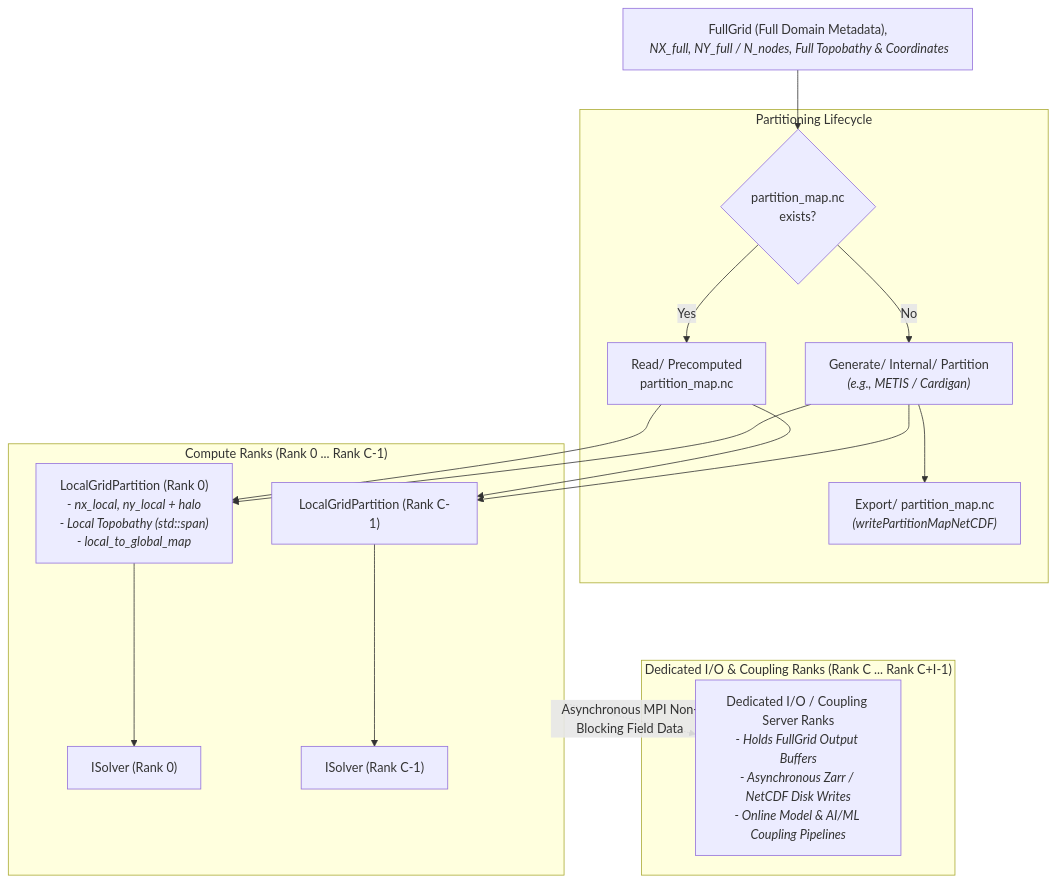
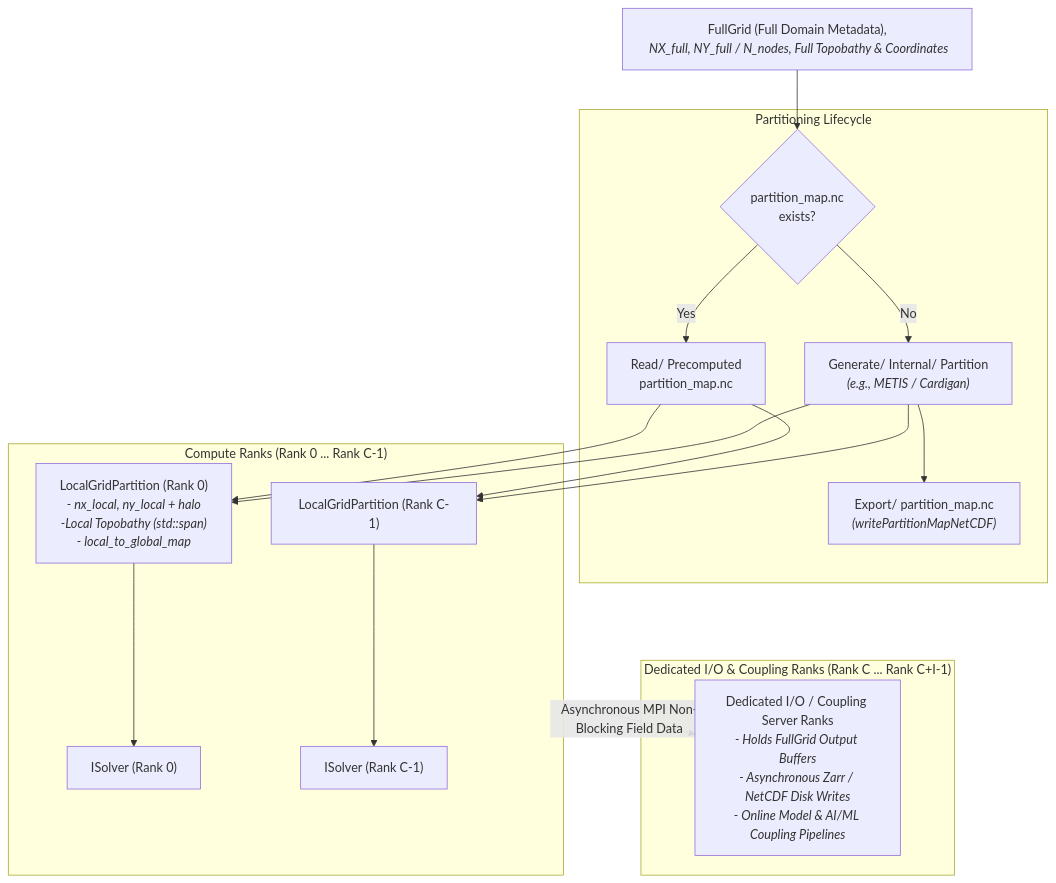
Before and after one commit to HendrikTolman-NOAA/WW4_HLT: the third of 3 diagrams in ASSESSMENT.md, drawn with Mermaid.

Commit message:
Fix formatting in ASSESSMENT.md for LocalGridPartition

````diff
--- a/ASSESSMENT.md
+++ b/ASSESSMENT.md
@@ -208,39 +208,39 @@
 ```mermaid
 graph TD
     FG["FullGrid&nbsp;(Full&nbsp;Domain&nbsp;Metadata),<br/><i>&nbsp;NX_full,&nbsp;NY_full&nbsp;/&nbsp;N_nodes,&nbsp;Full&nbsp;Topobathy&nbsp;&&nbsp;Coordinates</i>"]
 
     subgraph PartMap ["Partitioning Lifecycle"]
         PM_CHK{"partition_map.nc<br/>exists?"}
         PM_READ["Read/&nbsp;Precomputed<br/>partition_map.nc"]
         PM_GEN["Generate/&nbsp;Internal/&nbsp;Partition<br/><i>(e.g., METIS / Cardigan)</i>"]
         PM_WRITE["Export/&nbsp;partition_map.nc<br/><i>(writePartitionMapNetCDF)</i>"]
 
         PM_CHK -- Yes --> PM_READ
         PM_CHK -- No --> PM_GEN
         PM_GEN --> PM_WRITE
     end
 
     FG --> PM_CHK
 
     subgraph ComputeRanks ["Compute Ranks (Rank 0 ... Rank C-1)"]
-        LP0["LocalGridPartition&nbsp;(Rank&nbsp;0)<br/><i>-&nbsp;nx_local,&nbsp;ny_local&nbsp;+&nbsp;halo</i><br/><i>-&nbsp;Local&nbsp;Topobathy&nbsp;(std::span)</i><br/><i>-&nbsp;local_to_global_map</i>"]
+        LP0["LocalGridPartition&nbsp;(Rank&nbsp;0)<br/><i>-&nbsp;nx_local,&nbsp;ny_local&nbsp;+&nbsp;halo</i><br/><i>-Local&nbsp;Topobathy&nbsp;(std::span)</i><br/><i>-&nbsp;local_to_global_map</i>"]
         LPC["LocalGridPartition&nbsp;(Rank&nbsp;C-1)"]
 
         S0["ISolver (Rank 0)"]
         SC["ISolver (Rank C-1)"]
 
         LP0 --> S0
         LPC --> SC
     end
 
     subgraph IORanks ["Dedicated I/O & Coupling Ranks (Rank C ... Rank C+I-1)"]
         IOR["Dedicated I/O / Coupling Server Ranks<br/><i>- Holds FullGrid Output Buffers</i><br/><i>- Asynchronous Zarr / NetCDF Disk Writes</i><br/><i>- Online Model & AI/ML Coupling Pipelines</i>"]
     end
 
     PM_READ --> LP0
     PM_READ --> LPC
     PM_GEN --> LP0
     PM_GEN --> LPC
 
     ComputeRanks -. Asynchronous MPI Non-Blocking Field Data .-> IOR
 ```
````
